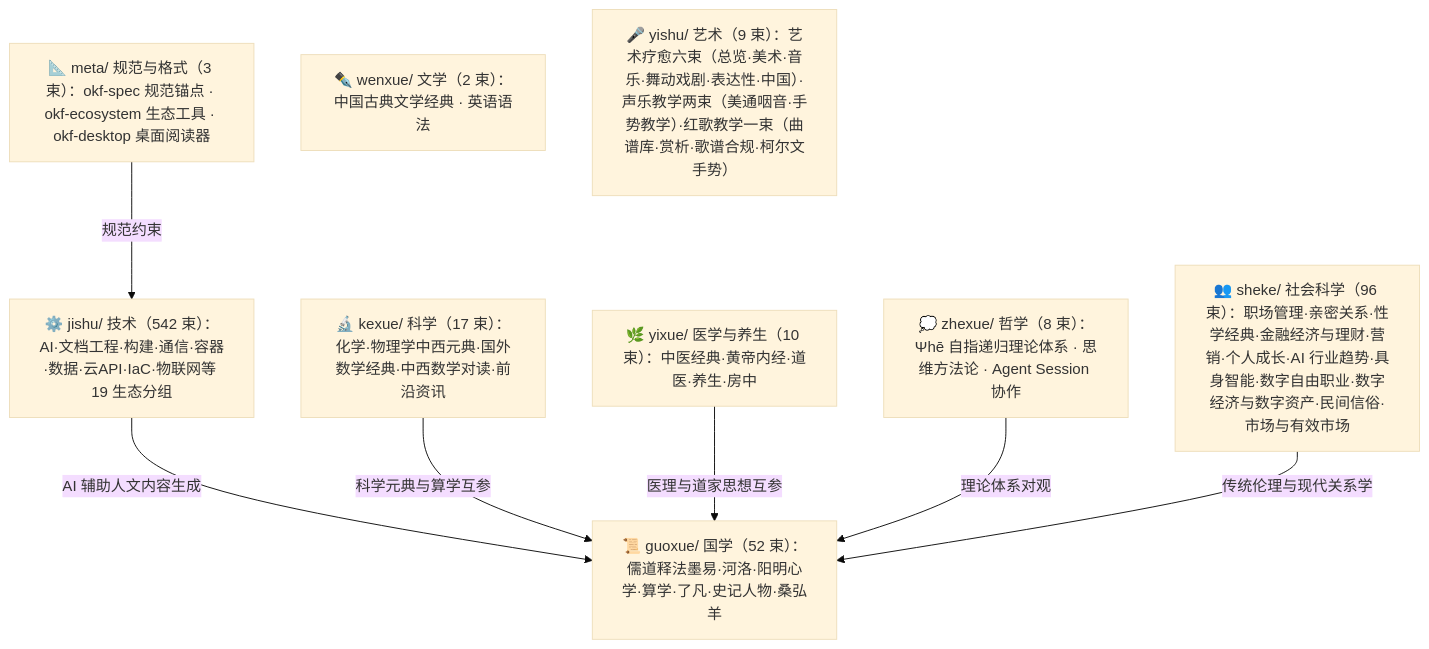
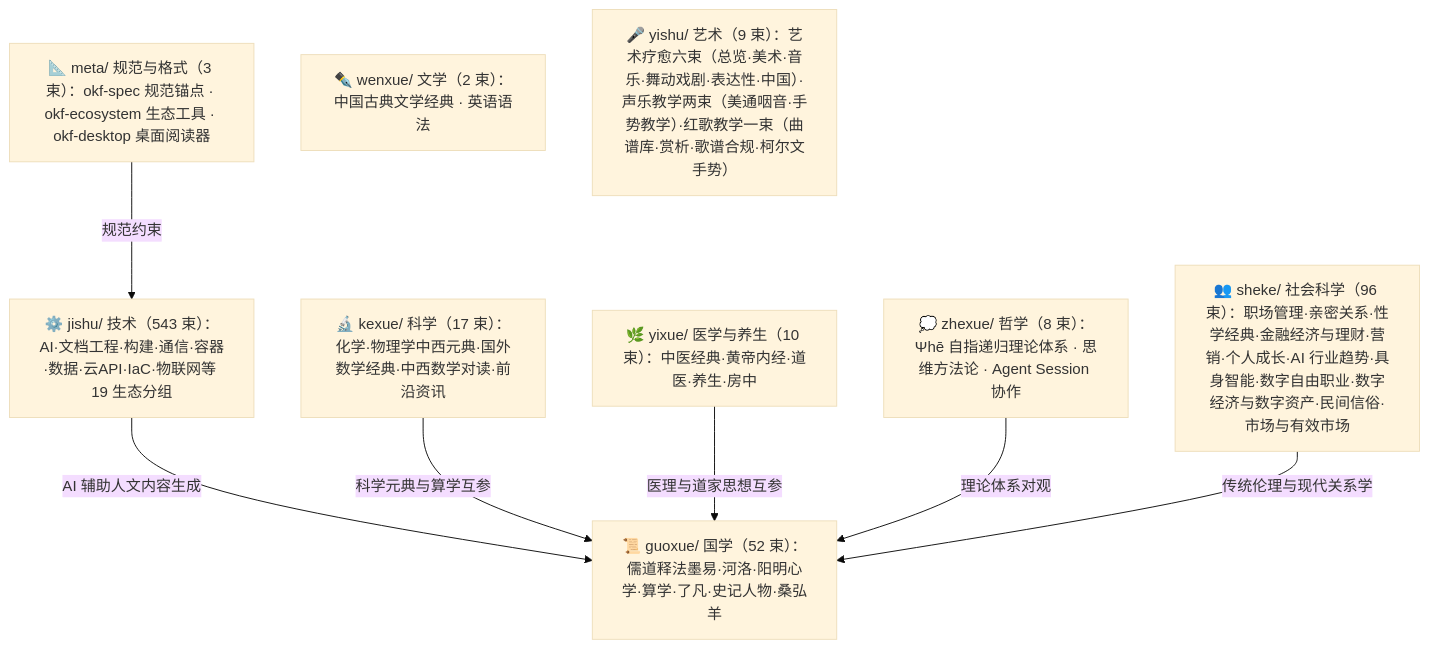
The diagram in doc/bundles/index.md (awesome-flexloop/awesome-okf), drawn with Mermaid (base theme) before and after one commit. The commit also changed other lines of this file and 16 other files, not shown here.

````diff
--- a/doc/bundles/index.md
+++ b/doc/bundles/index.md
@@ -21,18 +21,18 @@
 ```mermaid
 flowchart TD
     meta["📐 meta/ 规范与格式（3 束）：okf-spec 规范锚点 · okf-ecosystem 生态工具 · okf-desktop 桌面阅读器"]
     guoxue["📜 guoxue/ 国学（52 束）：儒道释法墨易·河洛·阳明心学·算学·了凡·史记人物·桑弘羊"]
     zhexue["💭 zhexue/ 哲学（8 束）：Ψhē 自指递归理论体系 · 思维方法论 · Agent Session 协作"]
     kexue["🔬 kexue/ 科学（17 束）：化学·物理学中西元典·国外数学经典·中西数学对读·前沿资讯"]
     wenxue["✒️ wenxue/ 文学（2 束）：中国古典文学经典 · 英语语法"]
     yixue["🌿 yixue/ 医学与养生（10 束）：中医经典·黄帝内经·道医·养生·房中"]
     sheke["👥 sheke/ 社会科学（96 束）：职场管理·亲密关系·性学经典·金融经济与理财·营销·个人成长·AI 行业趋势·具身智能·数字自由职业·数字经济与数字资产·民间信俗·市场与有效市场"]
     yishu["🎤 yishu/ 艺术（9 束）：艺术疗愈六束（总览·美术·音乐·舞动戏剧·表达性·中国）·声乐教学两束（美通咽音·手势教学）·红歌教学一束（曲谱库·赏析·歌谱合规·柯尔文手势）"]
-    jishu["⚙️ jishu/ 技术（542 束）：AI·文档工程·构建·通信·容器·数据·云API·IaC·物联网等 19 生态分组"]
+    jishu["⚙️ jishu/ 技术（543 束）：AI·文档工程·构建·通信·容器·数据·云API·IaC·物联网等 19 生态分组"]
     meta -->|"规范约束"| jishu
     jishu -->|"AI 辅助人文内容生成"| guoxue
     kexue -->|"科学元典与算学互参"| guoxue
     yixue -->|"医理与道家思想互参"| guoxue
     zhexue -->|"理论体系对观"| guoxue
     sheke -->|"传统伦理与现代关系学"| guoxue
 ```
````
